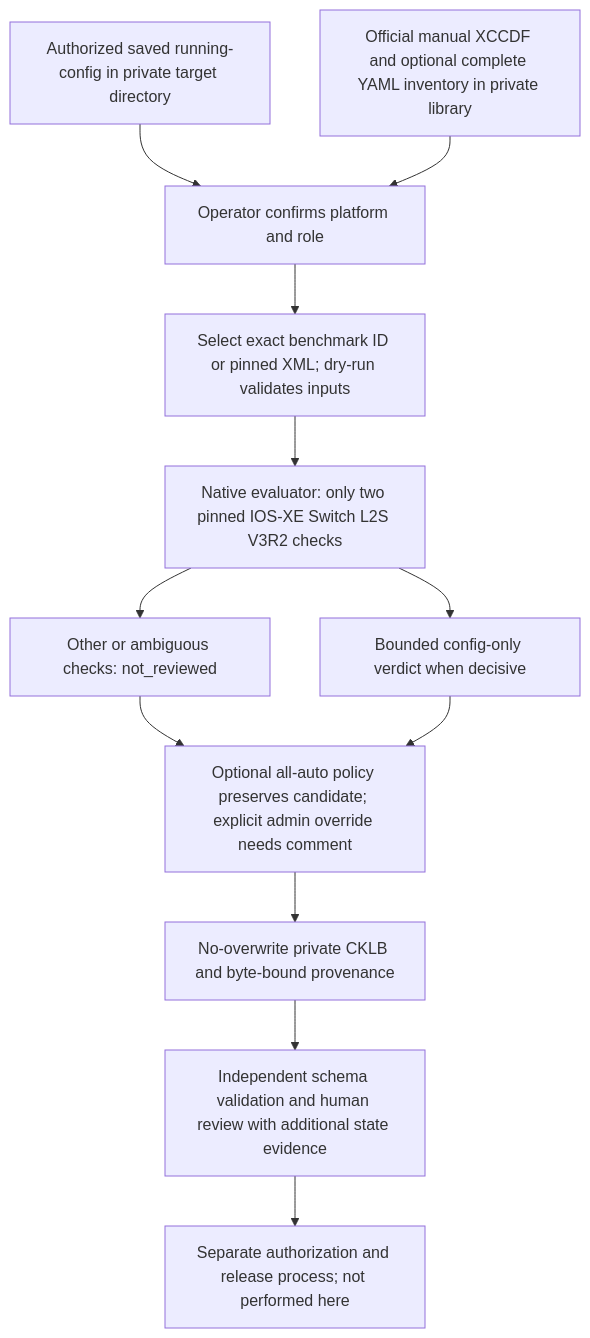
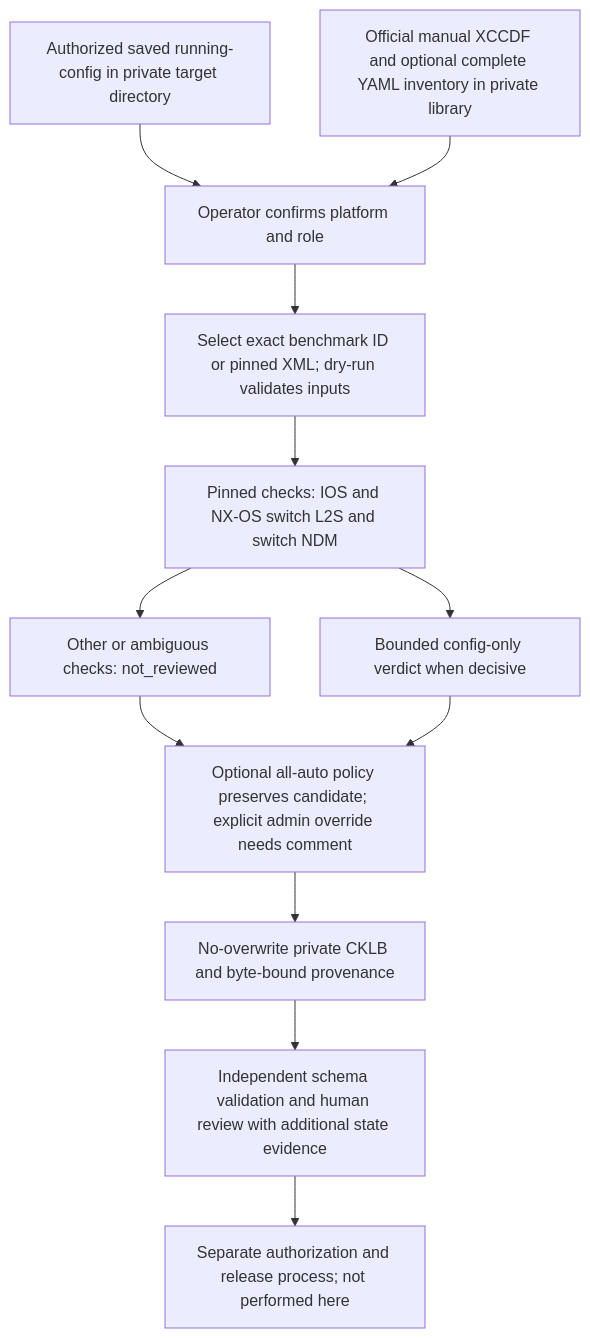
The diagram in docs/CISCO-CONFIG.md (zcook44/burden-of-proof), drawn with Mermaid before and after one commit. The commit also changed other lines of this file and 51 other files, not shown here.

````diff
--- a/docs/CISCO-CONFIG.md
+++ b/docs/CISCO-CONFIG.md
@@ -7,14 +7,14 @@
 ```mermaid
 flowchart TD
   A[Authorized saved running-config in private target directory] --> C[Operator confirms platform and role]
   B[Official manual XCCDF and optional complete YAML inventory in private library] --> C
   C --> D[Select exact benchmark ID or pinned XML; dry-run validates inputs]
-  D --> E[Native evaluator: only two pinned IOS-XE Switch L2S V3R2 checks]
+  D --> E[Pinned checks: IOS and NX-OS switch L2S and switch NDM]
   E --> F[Other or ambiguous checks: not_reviewed]
   E --> G[Bounded config-only verdict when decisive]
   F --> H[Optional all-auto policy preserves candidate; explicit admin override needs comment]
   G --> H
   H --> I[No-overwrite private CKLB and byte-bound provenance]
   I --> J[Independent schema validation and human review with additional state evidence]
   J --> K[Separate authorization and release process; not performed here]
 ```
````
